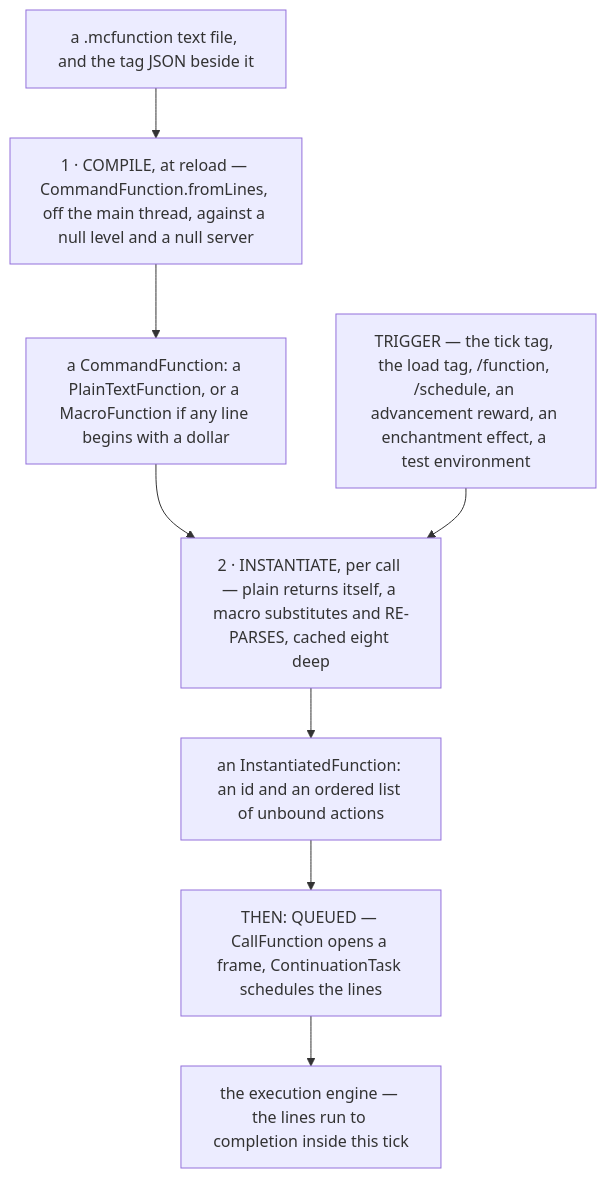
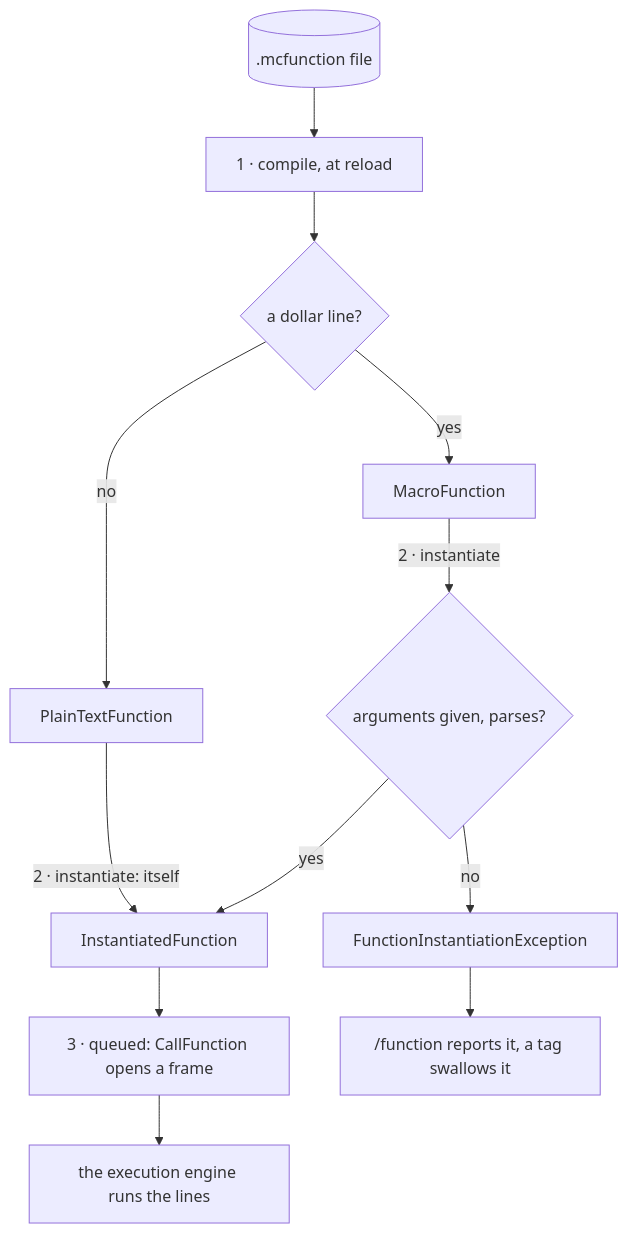
One commit to AlexanderjFraser/MinecraftDocs changed the diagram in src/systems/commands/functions-and-macros.md. Above: the diagram before and after it, drawn with Mermaid. The commit also changed other lines of this file and 16 other files, not shown here.

````diff
--- a/src/systems/commands/functions-and-macros.md
+++ b/src/systems/commands/functions-and-macros.md
@@ -23,12 +26,14 @@
 ```mermaid
-flowchart TB
-    F["a .mcfunction text file, and the tag JSON beside it"]
-    F --> C["1 · COMPILE, at reload — CommandFunction.fromLines, off the main thread, against a null level and a null server"]
-    C --> P["a CommandFunction: a PlainTextFunction, or a MacroFunction if any line begins with a dollar"]
-    T["TRIGGER — the tick tag, the load tag, /function, /schedule, an advancement reward, an enchantment effect, a test environment"]
-    P --> I["2 · INSTANTIATE, per call — plain returns itself, a macro substitutes and RE-PARSES, cached eight deep"]
-    T --> I
-    I --> R["an InstantiatedFunction: an id and an ordered list of unbound actions"]
-    R --> Q["THEN: QUEUED — CallFunction opens a frame, ContinuationTask schedules the lines"]
-    Q --> E["the execution engine — the lines run to completion inside this tick"]
+flowchart TD
+    F[(".mcfunction file")]:::disk --> C["1 · compile, at reload"]
+    C --> K{"a dollar line?"}
+    K -- no --> PT["PlainTextFunction"]
+    K -- yes --> MF["MacroFunction"]
+    PT -- "2 · instantiate: itself" --> R["InstantiatedFunction"]
+    MF -- "2 · instantiate" --> X{"arguments given, parses?"}
+    X -- yes --> R
+    X -- no --> EX["FunctionInstantiationException"]
+    EX --> SW["/function reports it, a tag swallows it"]
+    R --> Q["3 · queued: CallFunction opens a frame"]
+    Q --> E["the execution engine runs the lines"]
 ```
````
